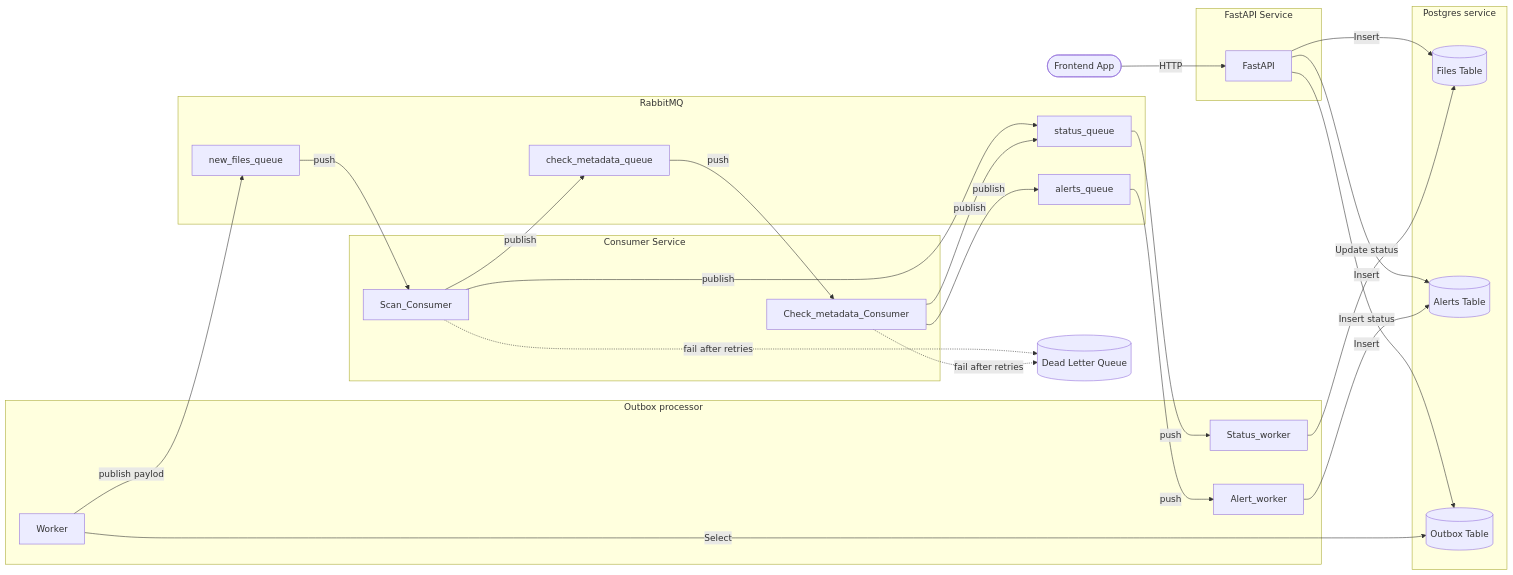
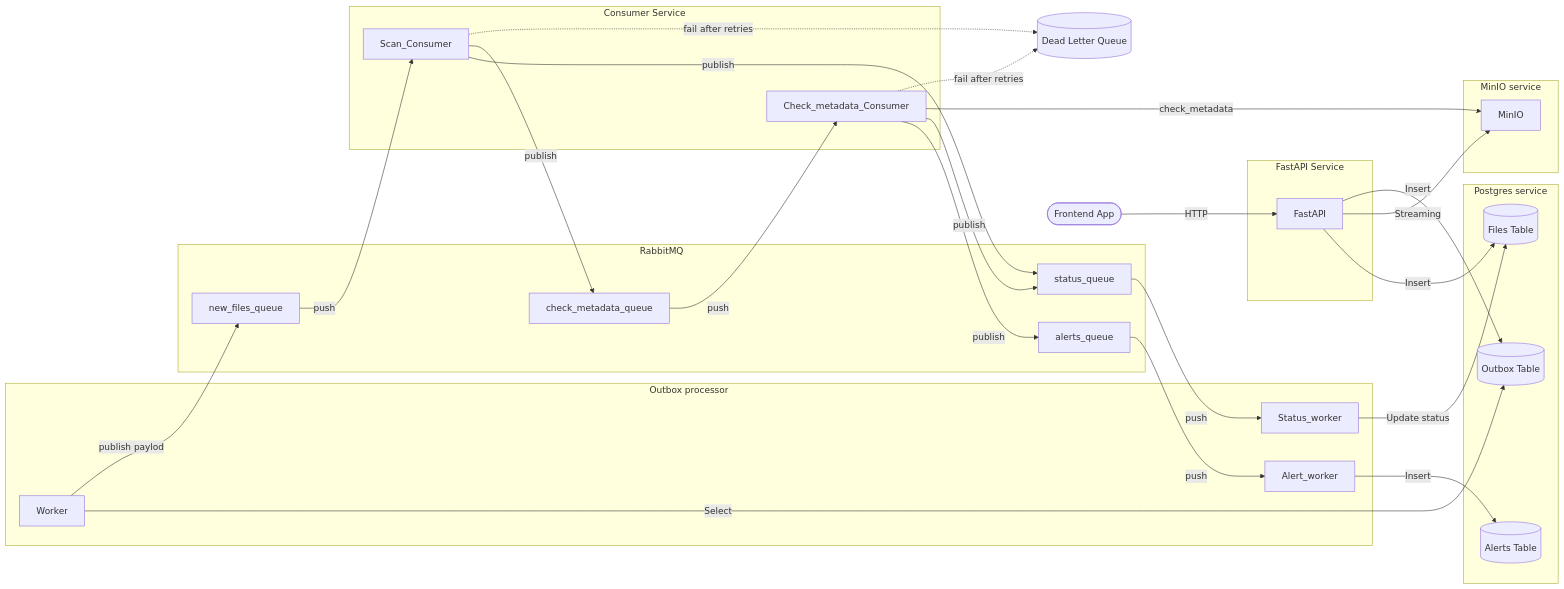
One commit to nemir4uk/t_t_sputnik changed the diagram in fullstack-test-task-main/README.md. Above: the diagram before and after it, drawn with Mermaid. The commit also changed 9 other files, not shown here.

````diff
--- a/fullstack-test-task-main/README.md
+++ b/fullstack-test-task-main/README.md
@@ -19,45 +19,52 @@
 ```mermaid
 flowchart LR
 Frontend([Frontend App])
     Frontend -->|HTTP| FastAPI
     subgraph FastAPI_Service [FastAPI Service]
         FastAPI[FastAPI]
     end
 FastAPI  -->|Insert| Files
-FastAPI  -->|Insert| Alerts
+FastAPI  -->|Streaming| MinIO
 FastAPI  -->|Insert| Outbox
 subgraph Postgres service
         Files[(Files Table)]
         Alerts[(Alerts Table)]
         Outbox[(Outbox Table)]
 end
+
+subgraph MinIO service
+MinIO 
+end
+
     Worker --> |Select| Outbox
          Status_worker -->|Update status| Files
-         Alert_worker-->|Insert status| Alerts
+         Alert_worker-->|Insert| Alerts
      subgraph Outbox processor
 Worker
 Status_worker 
 Alert_worker
      end
  alerts_queue -->|push| Alert_worker
             status_queue -->|push| Status_worker 
 Worker -->|publish paylod| new_files_queue
 subgraph RabbitMQ
 new_files_queue
 status_queue
 check_metadata_queue
 alerts_queue
 end
              new_files_queue -->|push| Scan_Consumer 
          Scan_Consumer -->|publish| status_queue
 Scan_Consumer -->|publish| check_metadata_queue
 check_metadata_queue -->|push| Check_metadata_Consumer
      subgraph Consumer Service
 Scan_Consumer
 Check_metadata_Consumer
      end
     Check_metadata_Consumer -->|publish| alerts_queue
 Check_metadata_Consumer -->|publish| status_queue
+Check_metadata_Consumer -->|check_metadata| MinIO
      Scan_Consumer  -.->|fail after retries| DLQ[(Dead Letter Queue)]
 Check_metadata_Consumer-.->|fail after retries| DLQ[(Dead Letter Queue)]
+
 ```
````
